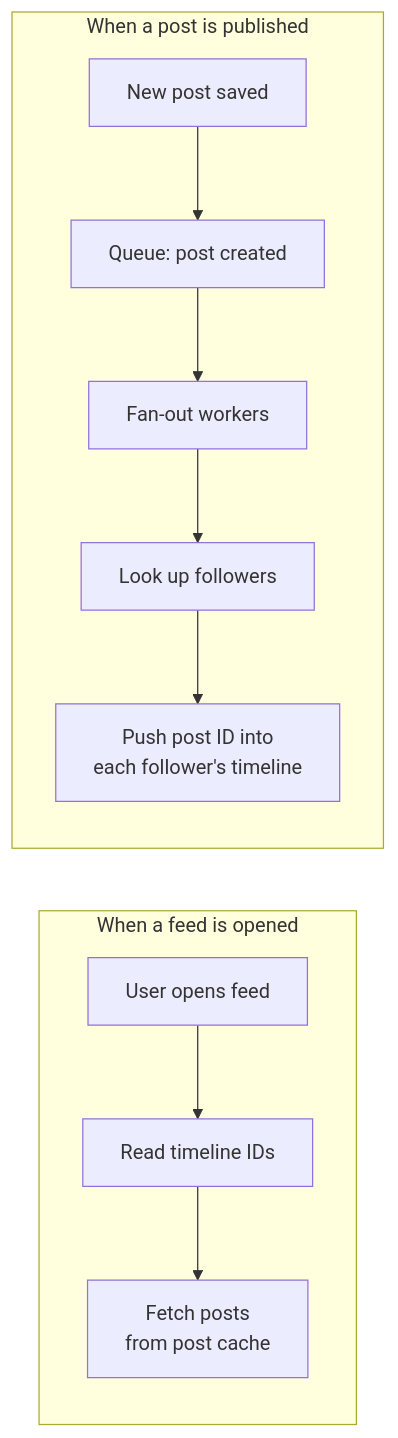
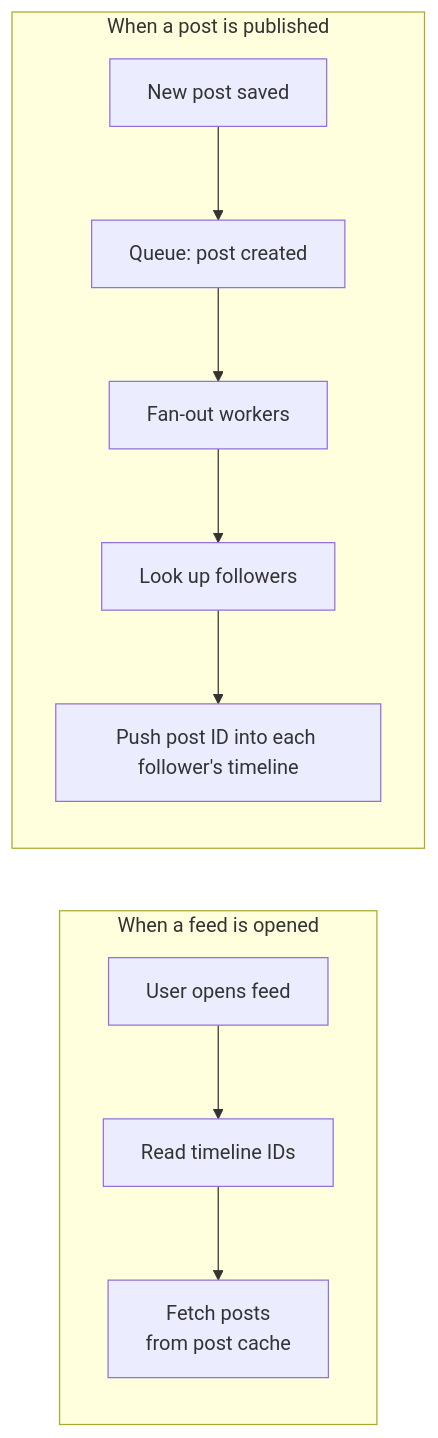
One commit to gitussr/systemly changed the second of 6 diagrams in content/12-case-studies/12.03-social-feed.md. Above: the diagram before and after it, drawn with Mermaid. The commit also changed other lines of this file and 5 other files, not shown here.

First line of the commit message:
Level 12: drop manual line breaks in long diagram labels

````diff
--- a/content/12-case-studies/12.03-social-feed.md
+++ b/content/12-case-studies/12.03-social-feed.md
@@ -250,15 +250,15 @@
 ```mermaid
 flowchart TD
   accTitle: Fan-out on write
   accDescr: A new post is saved and an event is queued; fan-out workers look up the author's followers and push the post ID into each follower's timeline in the cache; reading a feed fetches the timeline's post IDs and then the posts.
   subgraph WP["When a post is published"]
     direction TB
     NP["New post saved"] --> Q["Queue: post created"] --> W["Fan-out workers"]
-    W --> FL["Look up followers"] --> T["Push post ID into<br/>each follower's timeline"]
+    W --> FL["Look up followers"] --> T["Push post ID into each follower's timeline"]
   end
   subgraph RP["When a feed is opened"]
     direction TB
     R["User opens feed"] --> TL["Read timeline IDs"] --> PC["Fetch posts<br/>from post cache"]
   end
   T ~~~ R
 ```
````
